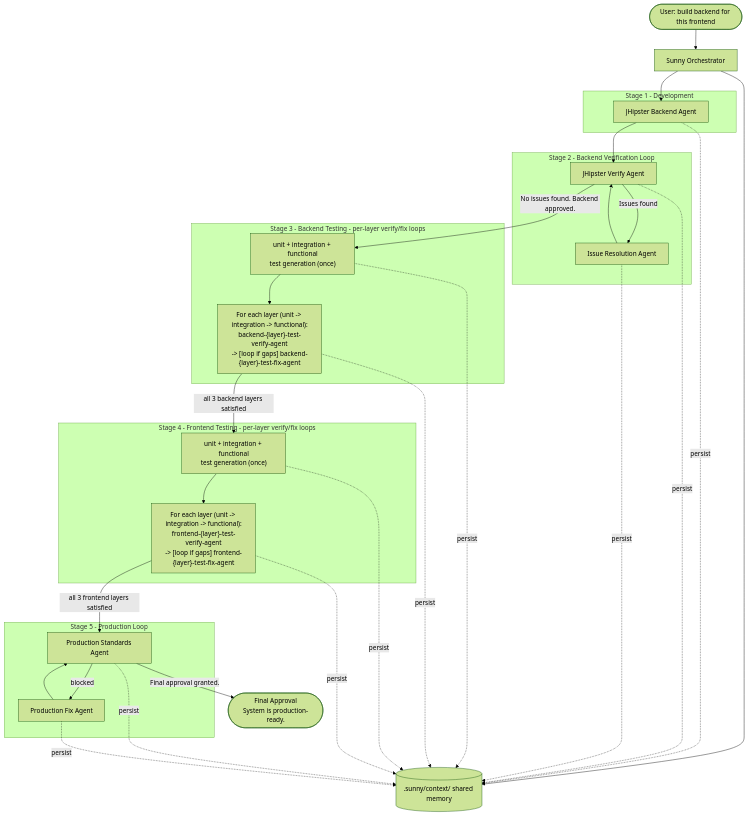
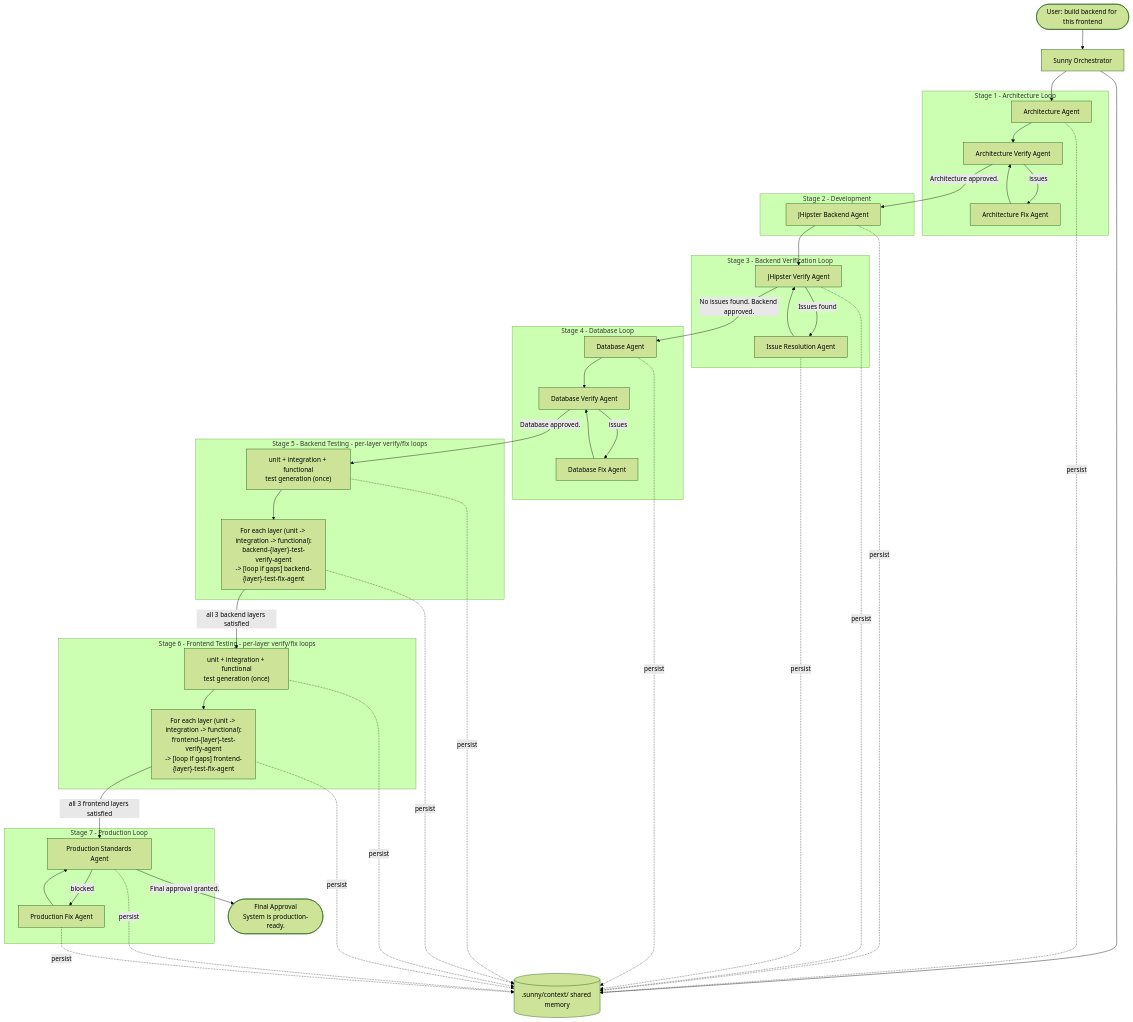
One commit to priyam-qo-box/agents changed the first of 2 diagrams in .cursor/agents/README.md. Above: the diagram before and after it, drawn with Mermaid (forest theme). The commit also changed other lines of this file and 11 other files, not shown here.

First line of the commit message:
Add architecture and database agents to enhance system design and integrity

````diff
--- a/.cursor/agents/README.md
+++ b/.cursor/agents/README.md
@@ -62,48 +68,68 @@
 ```mermaid
 flowchart TD
     User([User: build backend for this frontend]) --> Sunny[Sunny Orchestrator]
     Sunny --> Ctx[(".sunny/context/ shared memory")]
 
-    subgraph dev [Stage 1 - Development]
+    subgraph arch [Stage 1 - Architecture Loop]
+        ARC[Architecture Agent]
+        ARCV[Architecture Verify Agent]
+        ARCF[Architecture Fix Agent]
+    end
+    subgraph dev [Stage 2 - Development]
         BE[JHipster Backend Agent]
     end
-    subgraph verify [Stage 2 - Backend Verification Loop]
+    subgraph verify [Stage 3 - Backend Verification Loop]
         VER[JHipster Verify Agent]
         FIX[Issue Resolution Agent]
     end
-    subgraph btest [Stage 3 - Backend Testing - per-layer verify/fix loops]
+    subgraph db [Stage 4 - Database Loop]
+        DBA[Database Agent]
+        DBV[Database Verify Agent]
+        DBF[Database Fix Agent]
+    end
+    subgraph btest [Stage 5 - Backend Testing - per-layer verify/fix loops]
         BGEN["unit + integration + functional<br/>test generation (once)"]
         BLAYERS["For each layer (unit -> integration -> functional):<br/>backend-{layer}-test-verify-agent<br/>-> [loop if gaps] backend-{layer}-test-fix-agent"]
     end
-    subgraph ftest [Stage 4 - Frontend Testing - per-layer verify/fix loops]
+    subgraph ftest [Stage 6 - Frontend Testing - per-layer verify/fix loops]
         FGEN["unit + integration + functional<br/>test generation (once)"]
         FLAYERS["For each layer (unit -> integration -> functional):<br/>frontend-{layer}-test-verify-agent<br/>-> [loop if gaps] frontend-{layer}-test-fix-agent"]
     end
-    subgraph prod [Stage 5 - Production Loop]
+    subgraph prod [Stage 7 - Production Loop]
         PROD[Production Standards Agent]
         PFIX[Production Fix Agent]
     end
 
-    Sunny --> BE
+    Sunny --> ARC
+    ARC --> ARCV
+    ARCV -->|"issues"| ARCF
+    ARCF --> ARCV
+    ARCV -->|"Architecture approved."| BE
     BE --> VER
     VER -->|"Issues found"| FIX
     FIX --> VER
-    VER -->|"No issues found. Backend approved."| BGEN
+    VER -->|"No issues found. Backend approved."| DBA
+    DBA --> DBV
+    DBV -->|"issues"| DBF
+    DBF --> DBV
+    DBV -->|"Database approved."| BGEN
     BGEN --> BLAYERS
     BLAYERS -->|"all 3 backend layers satisfied"| FGEN
     FGEN --> FLAYERS
     FLAYERS -->|"all 3 frontend layers satisfied"| PROD
     PROD -->|"blocked"| PFIX
     PFIX --> PROD
     PROD -->|"Final approval granted."| Final(["Final Approval<br/>System is production-ready."])
 
+    ARC -.persist.-> Ctx
     BE -.persist.-> Ctx
     VER -.persist.-> Ctx
     FIX -.persist.-> Ctx
+    DBA -.persist.-> Ctx
     BGEN -.persist.-> Ctx
     BLAYERS -.persist.-> Ctx
     FGEN -.persist.-> Ctx
     FLAYERS -.persist.-> Ctx
     PROD -.persist.-> Ctx
     PFIX -.persist.-> Ctx
 ```
````
